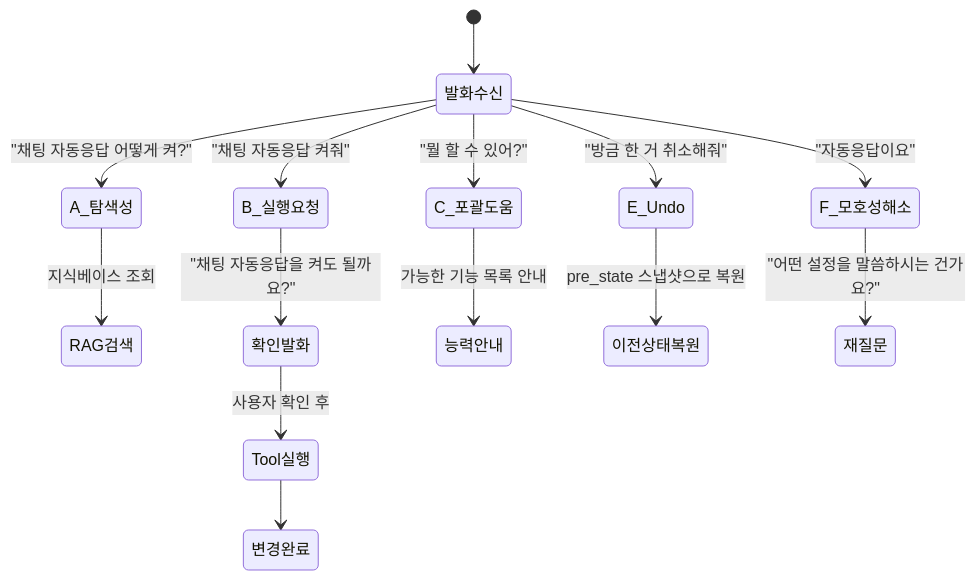
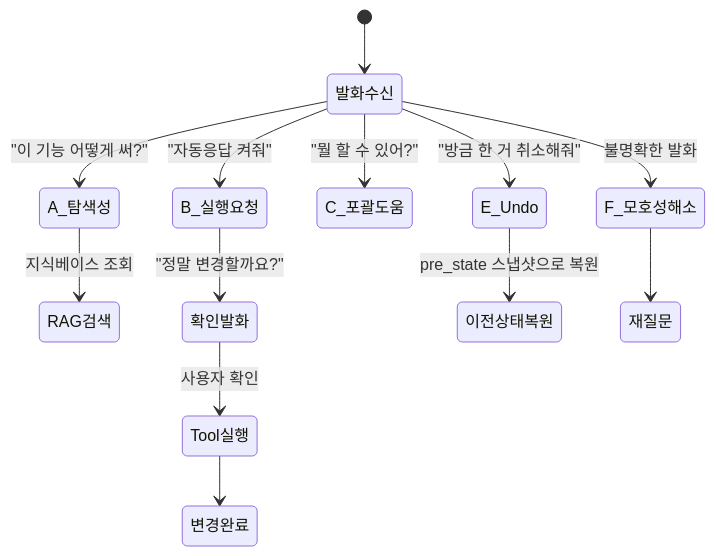
One commit to hak023/sip_pbx changed the first of 4 diagrams in docs/SELFSERVICE_AI_ASSISTANT_INTRODUCTION.md. Above: the diagram before and after it, drawn with Mermaid. The commit also changed other lines of this file and 1 other file, not shown here.

````diff
--- a/docs/SELFSERVICE_AI_ASSISTANT_INTRODUCTION.md
+++ b/docs/SELFSERVICE_AI_ASSISTANT_INTRODUCTION.md
@@ -213,18 +73,16 @@
 ```mermaid
 stateDiagram-v2
     [*] --> 발화수신
-
-    발화수신 --> A_탐색성: "채팅 자동응답 어떻게 켜?"
-    발화수신 --> B_실행요청: "채팅 자동응답 켜줘"
+    발화수신 --> A_탐색성: "이 기능 어떻게 써?"
+    발화수신 --> B_실행요청: "자동응답 켜줘"
     발화수신 --> C_포괄도움: "뭘 할 수 있어?"
     발화수신 --> E_Undo: "방금 한 거 취소해줘"
-    발화수신 --> F_모호성해소: "자동응답이요"
+    발화수신 --> F_모호성해소: 불명확한 발화
 
     A_탐색성 --> RAG검색: 지식베이스 조회
-    B_실행요청 --> 확인발화: "채팅 자동응답을 켜도 될까요?"
-    확인발화 --> Tool실행: 사용자 확인 후
+    B_실행요청 --> 확인발화: "정말 변경할까요?"
+    확인발화 --> Tool실행: 사용자 확인
     Tool실행 --> 변경완료
-    C_포괄도움 --> 능력안내: 가능한 기능 목록 안내
     E_Undo --> 이전상태복원: pre_state 스냅샷으로 복원
-    F_모호성해소 --> 재질문: "어떤 설정을 말씀하시는 건가요?"
+    F_모호성해소 --> 재질문
 ```
````
